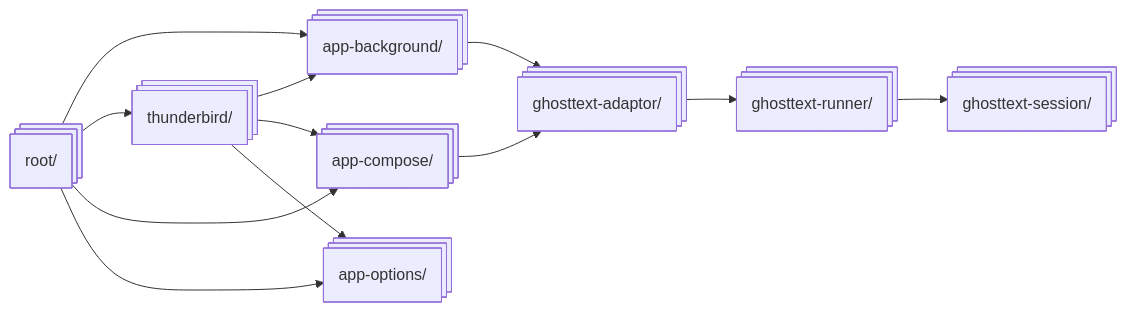
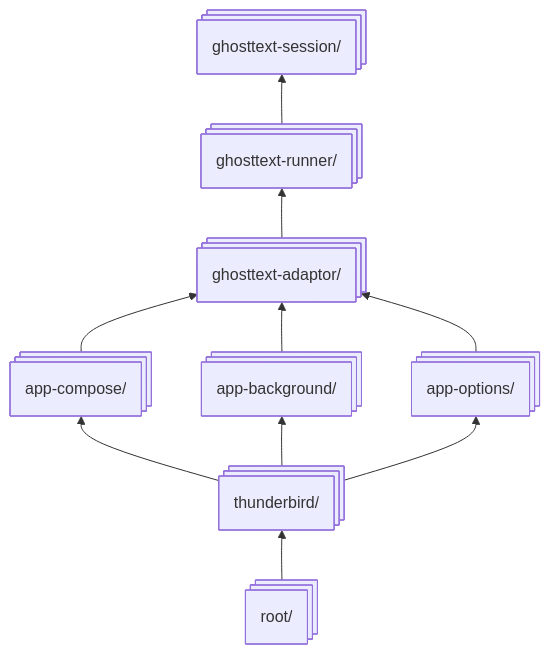
The third of 8 diagrams in doc/design.md (snipsnipsnip/ghostbird), drawn with Mermaid before and after one commit. The commit also changed other lines of this file and 5 other files, not shown here.

````diff
--- a/doc/design.md
+++ b/doc/design.md
@@ -210,14 +209,13 @@
 ```mermaid
-flowchart LR
+flowchart BT
 root_all@{shape: procs, label: root/}
 options@{shape: procs, label: app-options/}
 background@{shape: procs, label: app-background/}
 compose@{shape: procs, label: app-compose/}
 thunderbird@{shape: procs, label: thunderbird/}
 ghosttext-runner@{shape: procs, label: ghosttext-runner/}
 ghosttext-adaptor@{shape: procs, label: ghosttext-adaptor/}
-ghosttext@{shape: procs, label: ghosttext-session/}
-root_all --> background & thunderbird & compose & options
-compose & background --> ghosttext-adaptor --> ghosttext-runner --> ghosttext
-thunderbird --> background & compose & options
+ghosttext-session@{shape: procs, label: ghosttext-session/}
+root_all --> thunderbird -->
+compose & background & options --> ghosttext-adaptor --> ghosttext-runner --> ghosttext-session
 ```
````
